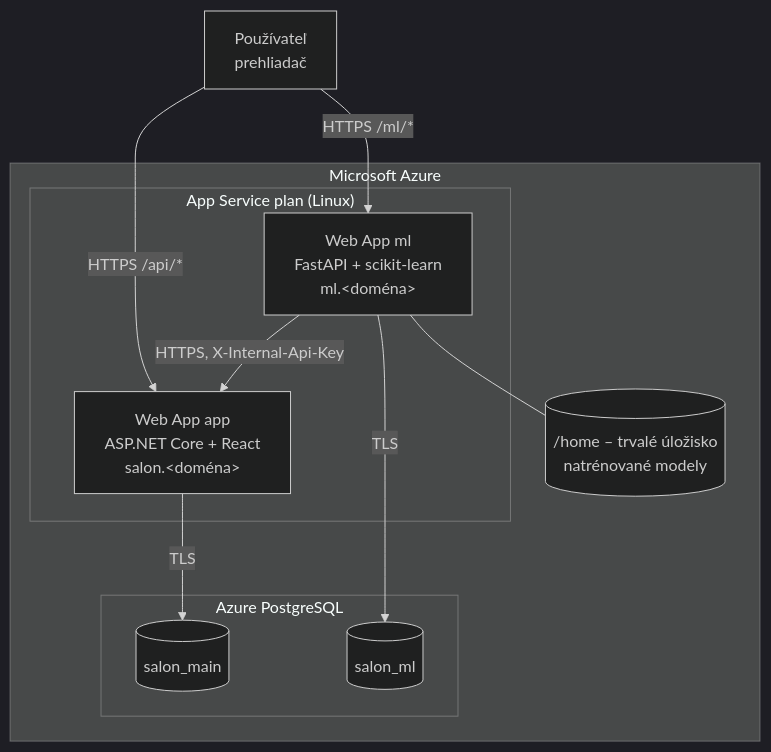
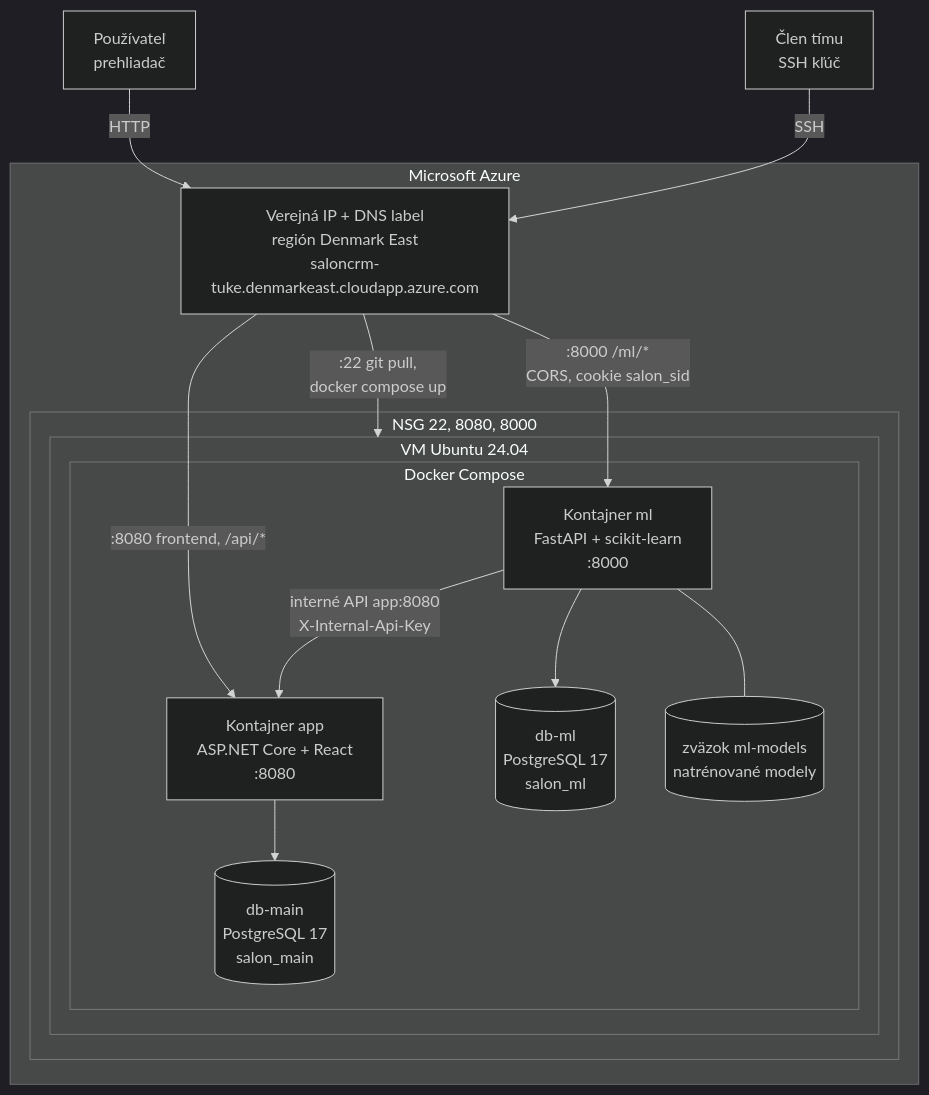
Before and after one commit to Mekr0t/SalonCRM: the diagram in docs/diagrams/deployment.mmd, drawn with Mermaid (dark theme). The commit also changed 5 other files, not shown here.

```diff
--- a/docs/diagrams/deployment.mmd
+++ b/docs/diagrams/deployment.mmd
@@ -1,21 +1,28 @@
 flowchart TB
     user["Používateľ<br/>prehliadač"]
+    dev["Člen tímu<br/>SSH kľúč"]
 
     subgraph azure["Microsoft Azure"]
-        subgraph plan["App Service plan (Linux)"]
-            app["Web App app<br/>ASP.NET Core + React<br/>salon.&lt;doména&gt;"]
-            ml["Web App ml<br/>FastAPI + scikit-learn<br/>ml.&lt;doména&gt;"]
+        pip["Verejná IP + DNS label<br/>región Denmark East<br/>saloncrm-tuke.denmarkeast.cloudapp.azure.com"]
+        subgraph nsg["NSG 22, 8080, 8000"]
+            subgraph vm["VM Ubuntu 24.04"]
+                subgraph compose["Docker Compose"]
+                    app["Kontajner app<br/>ASP.NET Core + React<br/>:8080"]
+                    ml["Kontajner ml<br/>FastAPI + scikit-learn<br/>:8000"]
+                    dbmain[("db-main<br/>PostgreSQL 17<br/>salon_main")]
+                    dbml[("db-ml<br/>PostgreSQL 17<br/>salon_ml")]
+                    models[("zväzok ml-models<br/>natrénované modely")]
+                end
+            end
         end
-        subgraph pg["Azure PostgreSQL"]
-            dbmain[("salon_main")]
-            dbml[("salon_ml")]
-        end
-        files[("/home – trvalé úložisko<br/>natrénované modely")]
     end
 
-    user -- "HTTPS /api/*" --> app
-    user -- "HTTPS /ml/*" --> ml
-    ml -- "HTTPS, X-Internal-Api-Key" --> app
-    app -- "TLS" --> dbmain
-    ml -- "TLS" --> dbml
-    ml --- files
+    user -- "HTTP" --> pip
+    dev -- "SSH" --> pip
+    pip -- ":8080 frontend, /api/*" --> app
+    pip -- ":8000 /ml/*<br/>CORS, cookie salon_sid" --> ml
+    pip -- ":22 git pull,<br/>docker compose up" --> vm
+    ml -- "interné API app:8080<br/>X-Internal-Api-Key" --> app
+    app --> dbmain
+    ml --> dbml
+    ml --- models
```
